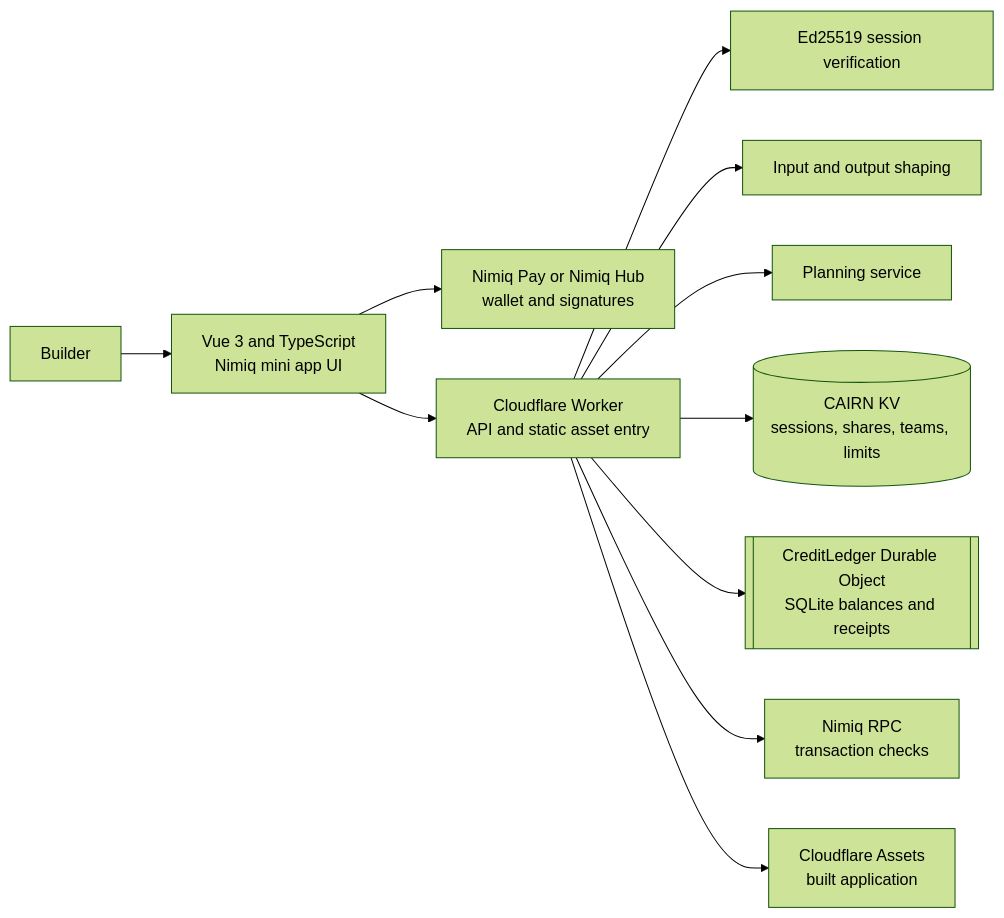
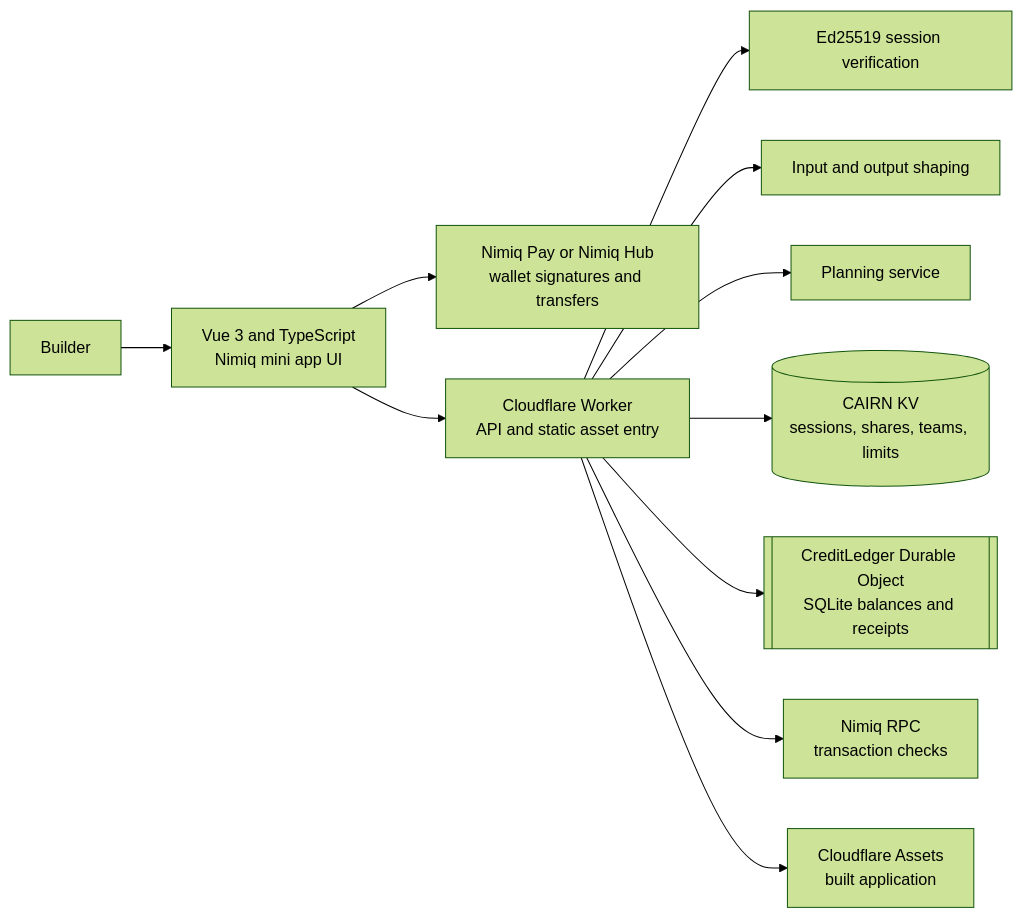
One commit to Teecash96/Cairn changed the diagram in README.md. Above: the diagram before and after it, drawn with Mermaid (forest theme). The commit also changed other lines of this file and 18 other files, not shown here.

````diff
--- a/README.md
+++ b/README.md
@@ -62,13 +64,13 @@
 ```mermaid
 flowchart LR
   U[Builder] --> UI[Vue 3 and TypeScript<br/>Nimiq mini app UI]
-  UI --> W[Nimiq Pay or Nimiq Hub<br/>wallet and signatures]
+  UI --> W[Nimiq Pay or Nimiq Hub<br/>wallet signatures and transfers]
   UI --> API[Cloudflare Worker<br/>API and static asset entry]
   API --> AUTH[Ed25519 session verification]
   API --> VALID[Input and output shaping]
   API --> PLAN[Planning service]
   API --> KV[(CAIRN KV<br/>sessions, shares, teams, limits)]
   API --> LEDGER[[CreditLedger Durable Object<br/>SQLite balances and receipts]]
   API --> RPC[Nimiq RPC<br/>transaction checks]
   API --> ASSETS[Cloudflare Assets<br/>built application]
 ```
````
